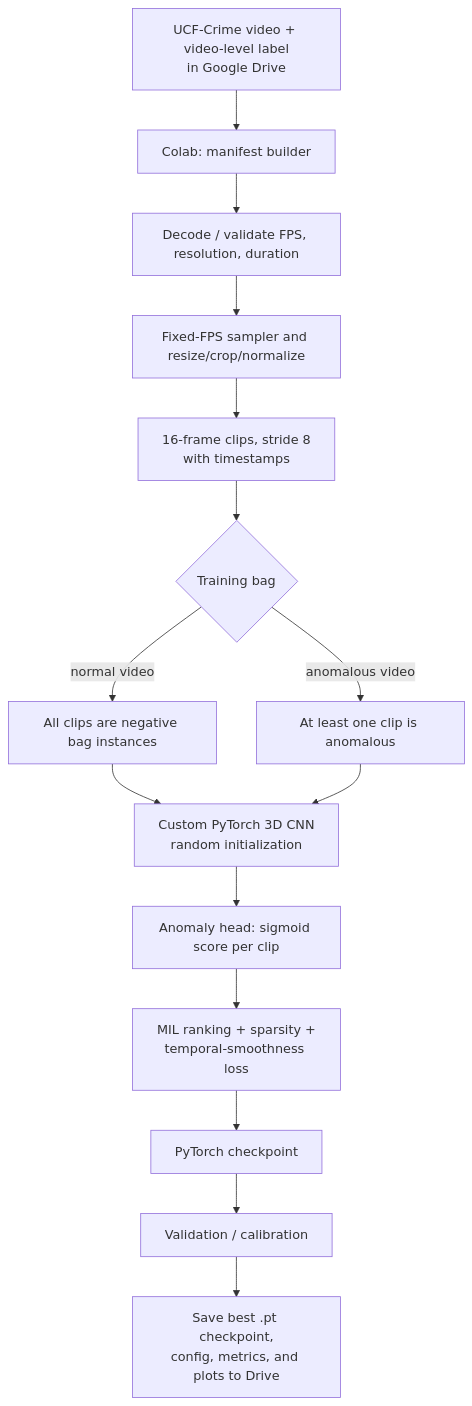
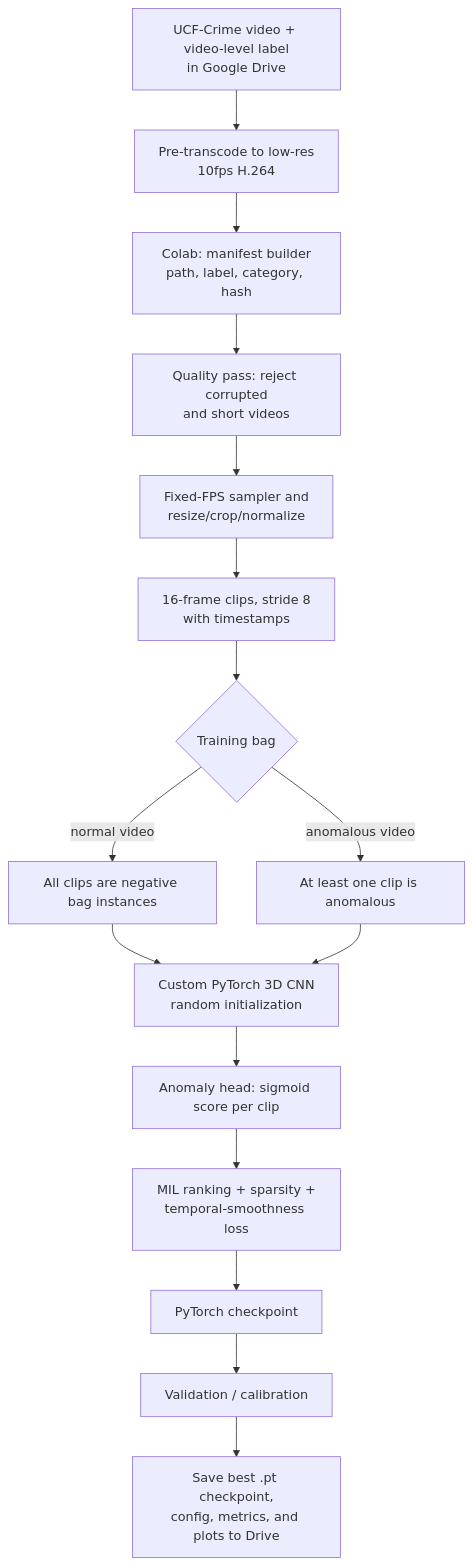
The first of 3 diagrams in SYSTEM_ARCHITECTURE.md (prathmeshchorghade-mits/Spatio-Temporal-Anomaly-Detection-in-Surveillance-Videos-Using-3D-CNNs), drawn with Mermaid before and after one commit. The commit also changed other lines of this file and 19 other files, not shown here.

Commit message:
Initial commit for Phase 1: Data pipeline and Model architecture

````diff
--- a/SYSTEM_ARCHITECTURE.md
+++ b/SYSTEM_ARCHITECTURE.md
@@ -18,17 +22,18 @@
 ```mermaid
 flowchart TD
-  A[UCF-Crime video + video-level label\nin Google Drive] --> B[Colab: manifest builder]
-  B --> C[Decode / validate FPS, resolution, duration]
-  C --> D[Fixed-FPS sampler and resize/crop/normalize]
-  D --> E[16-frame clips, stride 8\nwith timestamps]
-  E --> F{Training bag}
-  F -->|normal video| G[All clips are negative bag instances]
-  F -->|anomalous video| H[At least one clip is anomalous]
-  G --> I[Custom PyTorch 3D CNN\nrandom initialization]
-  H --> I
-  I --> J[Anomaly head: sigmoid score per clip]
-  J --> K[MIL ranking + sparsity +\ntemporal-smoothness loss]
-  K --> L[PyTorch checkpoint]
-  L --> M[Validation / calibration]
-  M --> N[Save best .pt checkpoint,\nconfig, metrics, and plots to Drive]
+  A[UCF-Crime video + video-level label\nin Google Drive] --> B[Pre-transcode to low-res\n10fps H.264]
+  B --> C[Colab: manifest builder\npath, label, category, hash]
+  C --> D[Quality pass: reject corrupted\nand short videos]
+  D --> E[Fixed-FPS sampler and\nresize/crop/normalize]
+  E --> F[16-frame clips, stride 8\nwith timestamps]
+  F --> G{Training bag}
+  G -->|normal video| H[All clips are negative bag instances]
+  G -->|anomalous video| I[At least one clip is anomalous]
+  H --> J[Custom PyTorch 3D CNN\nrandom initialization]
+  I --> J
+  J --> K[Anomaly head: sigmoid score per clip]
+  K --> L[MIL ranking + sparsity +\ntemporal-smoothness loss]
+  L --> M[PyTorch checkpoint]
+  M --> N[Validation / calibration]
+  N --> O[Save best .pt checkpoint,\nconfig, metrics, and plots to Drive]
 ```
````
